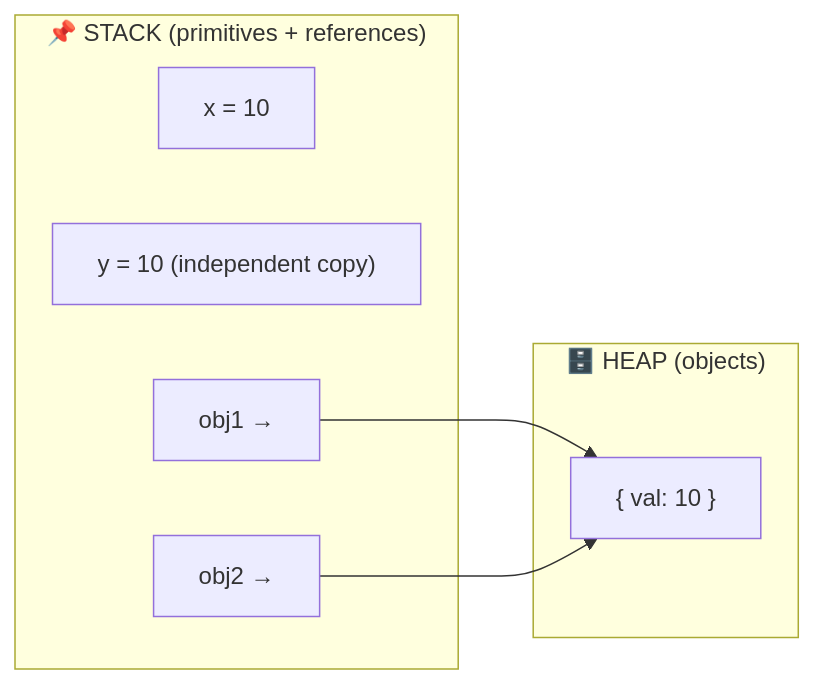
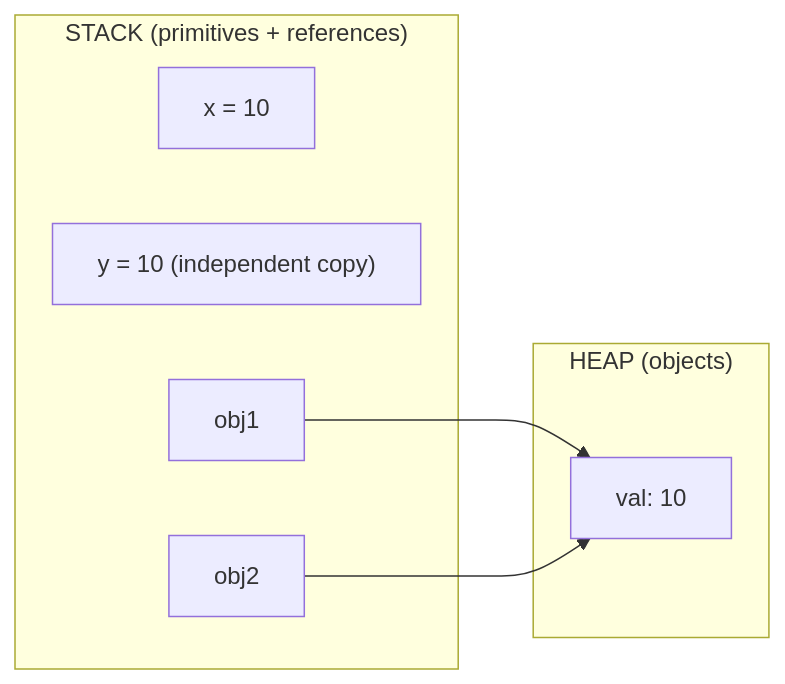
One commit to DipanPramanik098/Thunder-100-Days-Of-Code changed the second of 19 diagrams in _01_JavaScript/JavaScript.md. Above: the diagram before and after it, drawn with Mermaid. The commit also changed other lines of this file, not shown here.

````diff
--- a/_01_JavaScript/JavaScript.md
+++ b/_01_JavaScript/JavaScript.md
@@ -102,14 +102,14 @@
 ```mermaid
 flowchart LR
-    subgraph Stack["📌 STACK (primitives + references)"]
+    subgraph Stack["STACK (primitives + references)"]
         X["x = 10"]
-        Y["y = 10  (independent copy)"]
-        O1["obj1  →"]
-        O2["obj2  →"]
+        Y["y = 10 (independent copy)"]
+        O1["obj1"]
+        O2["obj2"]
     end
-    subgraph Heap["🗄️ HEAP (objects)"]
-        H["{ val: 10 }"]
+    subgraph Heap["HEAP (objects)"]
+        H["val: 10"]
     end
     O1 --> H
     O2 --> H
 ```
````
